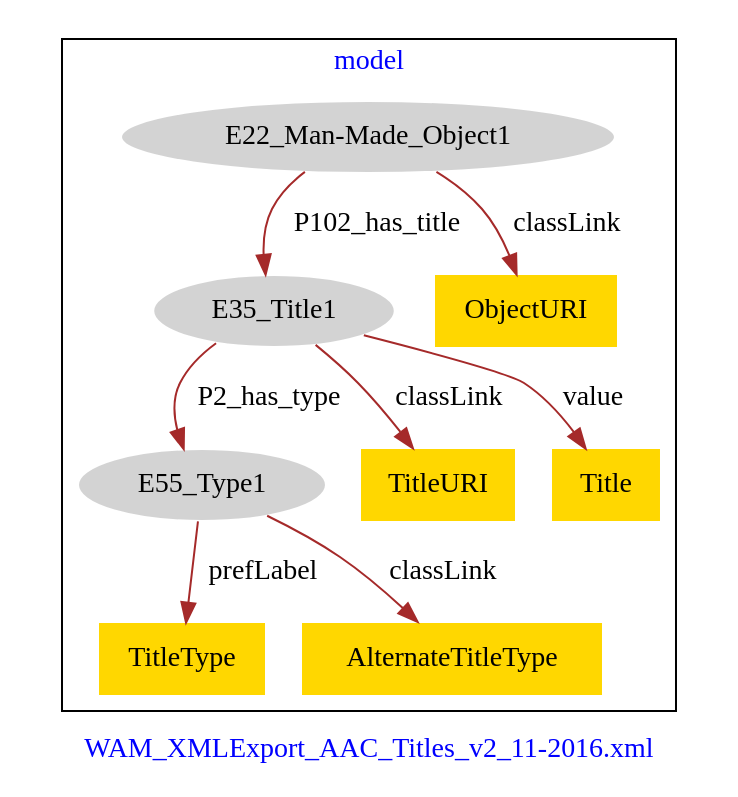
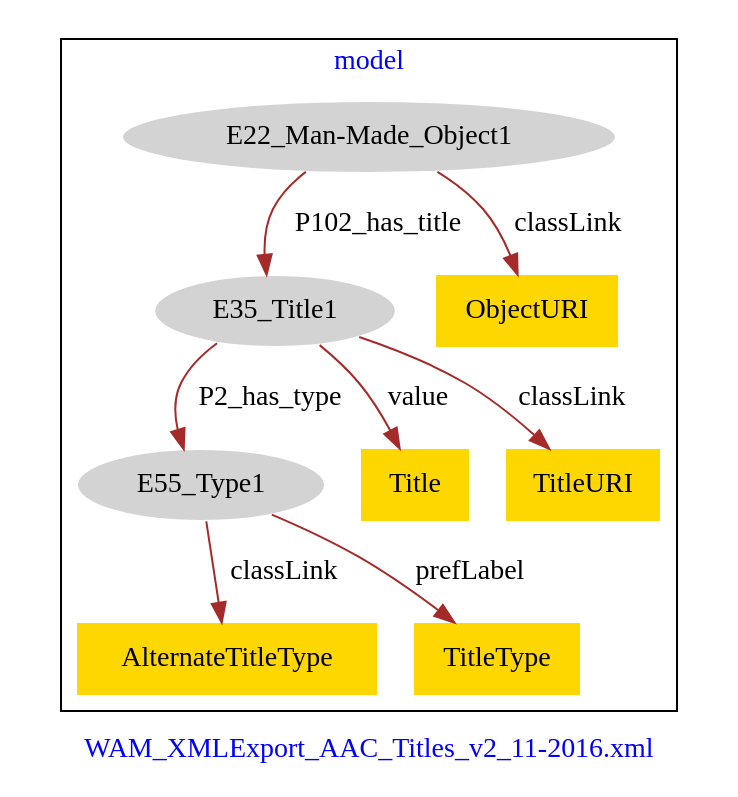
One commit to american-art/wam changed the diagram in WAM_AAC_Other_titles/WAM_AAC_Other_titles-model.dot. Above: the diagram before and after it, drawn with Graphviz.

Commit message:
Update file WAM_AAC_Other_titles-model.dot

```diff
--- a/WAM_AAC_Other_titles/WAM_AAC_Other_titles-model.dot
+++ b/WAM_AAC_Other_titles/WAM_AAC_Other_titles-model.dot
@@ -1,23 +1,23 @@
 digraph n0 {
 fontcolor="blue"
 remincross="true"
 label="WAM_XMLExport_AAC_Titles_v2_11-2016.xml"
 subgraph cluster {
 label="model"
 n2[style="filled",color="white",fillcolor="lightgray",label="E22_Man-Made_Object1"];
 n3[style="filled",color="white",fillcolor="lightgray",label="E35_Title1"];
 n4[style="filled",color="white",fillcolor="lightgray",label="E55_Type1"];
-n5[shape="plaintext",style="filled",fillcolor="gold",label="TitleType"];
-n6[shape="plaintext",style="filled",fillcolor="gold",label="TitleURI"];
-n7[shape="plaintext",style="filled",fillcolor="gold",label="AlternateTitleType"];
-n8[shape="plaintext",style="filled",fillcolor="gold",label="Title"];
-n9[shape="plaintext",style="filled",fillcolor="gold",label="ObjectURI"];
+n5[shape="plaintext",style="filled",fillcolor="gold",label="Title"];
+n6[shape="plaintext",style="filled",fillcolor="gold",label="AlternateTitleType"];
+n7[shape="plaintext",style="filled",fillcolor="gold",label="TitleType"];
+n8[shape="plaintext",style="filled",fillcolor="gold",label="ObjectURI"];
+n9[shape="plaintext",style="filled",fillcolor="gold",label="TitleURI"];
 }
 n2 -> n3[color="brown",fontcolor="black",label="P102_has_title"]
 n3 -> n4[color="brown",fontcolor="black",label="P2_has_type"]
-n4 -> n5[color="brown",fontcolor="black",label="prefLabel"]
-n3 -> n6[color="brown",fontcolor="black",label="classLink"]
-n4 -> n7[color="brown",fontcolor="black",label="classLink"]
-n3 -> n8[color="brown",fontcolor="black",label="value"]
-n2 -> n9[color="brown",fontcolor="black",label="classLink"]
+n3 -> n5[color="brown",fontcolor="black",label="value"]
+n4 -> n6[color="brown",fontcolor="black",label="classLink"]
+n4 -> n7[color="brown",fontcolor="black",label="prefLabel"]
+n2 -> n8[color="brown",fontcolor="black",label="classLink"]
+n3 -> n9[color="brown",fontcolor="black",label="classLink"]
 }
```
